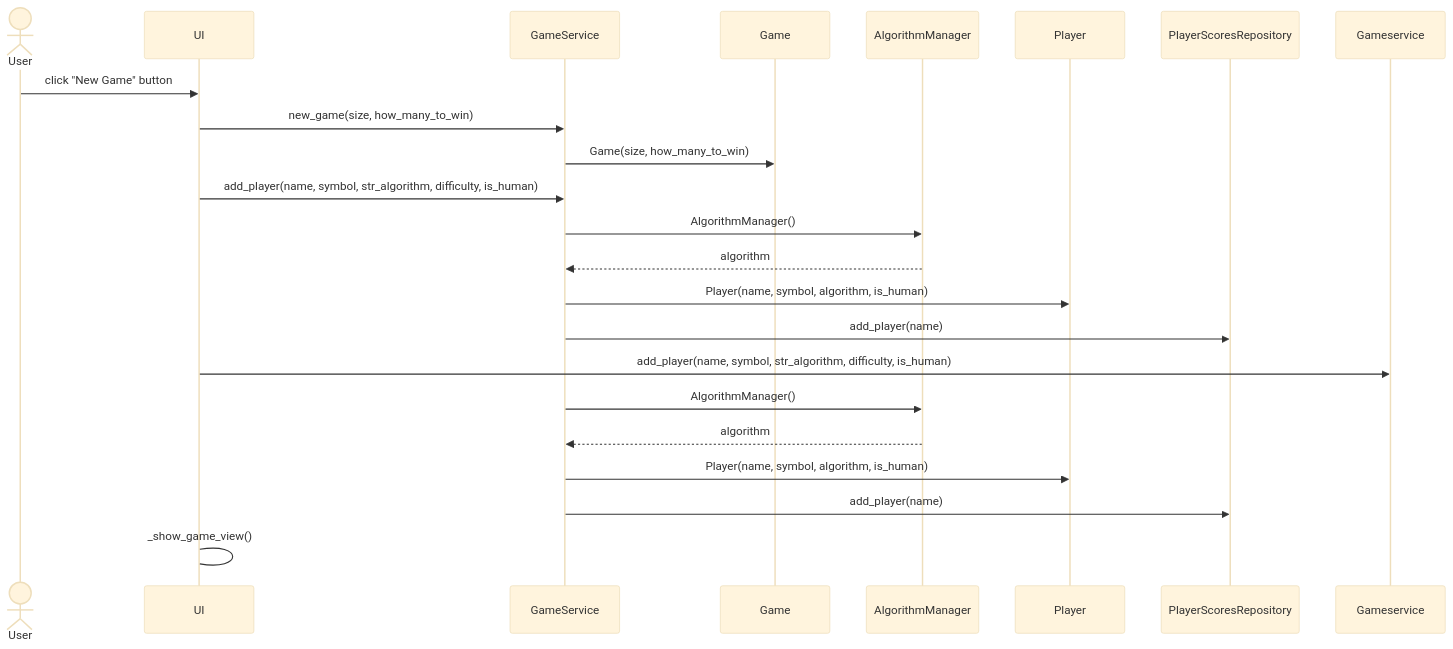
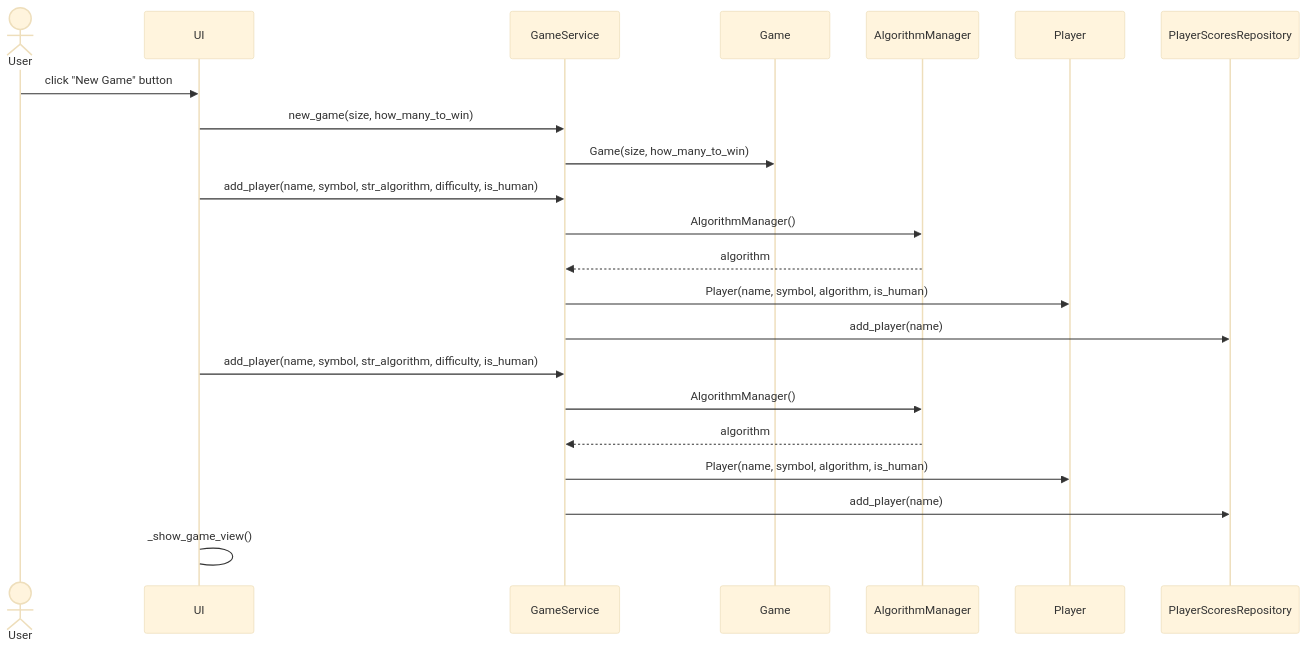
One commit to JonathanHeyno/ot-harjoitustyo changed the diagram in dokumentaatio/arkkitehtuuri.md. Above: the diagram before and after it, drawn with Mermaid (base theme).

````diff
--- a/dokumentaatio/arkkitehtuuri.md
+++ b/dokumentaatio/arkkitehtuuri.md
@@ -30,24 +30,24 @@
 ```mermaid
 sequenceDiagram
   actor User
   participant UI
   participant GameService
   participant Game
   participant AlgorithmManager
   participant Player
   participant PlayerScoresRepository
   User->>UI: click "New Game" button
   UI->>GameService: new_game(size, how_many_to_win)
   GameService->>Game: Game(size, how_many_to_win)
   UI->>GameService: add_player(name, symbol, str_algorithm, difficulty, is_human)
   GameService->>AlgorithmManager: AlgorithmManager()
   AlgorithmManager-->>GameService: algorithm
   GameService->>Player: Player(name, symbol, algorithm, is_human)
   GameService->>PlayerScoresRepository: add_player(name)
-  UI->>Gameservice: add_player(name, symbol, str_algorithm, difficulty, is_human)
+  UI->>GameService: add_player(name, symbol, str_algorithm, difficulty, is_human)
   GameService->>AlgorithmManager: AlgorithmManager()
   AlgorithmManager-->>GameService: algorithm
   GameService->>Player: Player(name, symbol, algorithm, is_human)
   GameService->>PlayerScoresRepository: add_player(name)
   UI->UI: _show_game_view()
 ```
````
